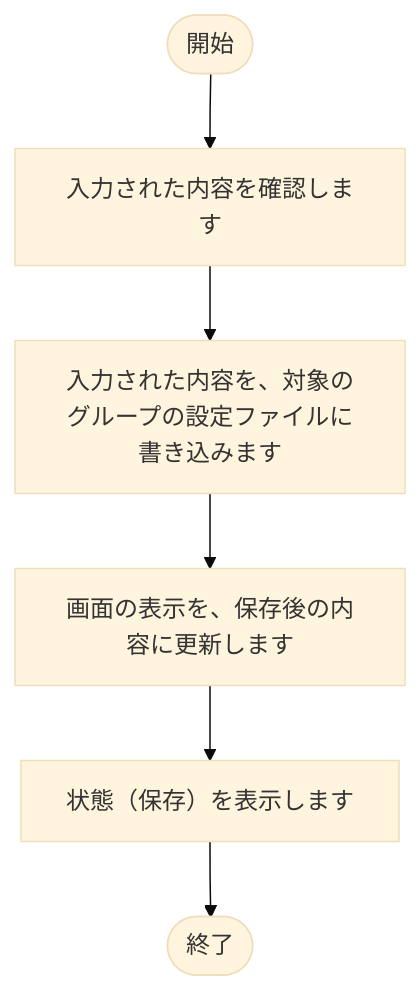
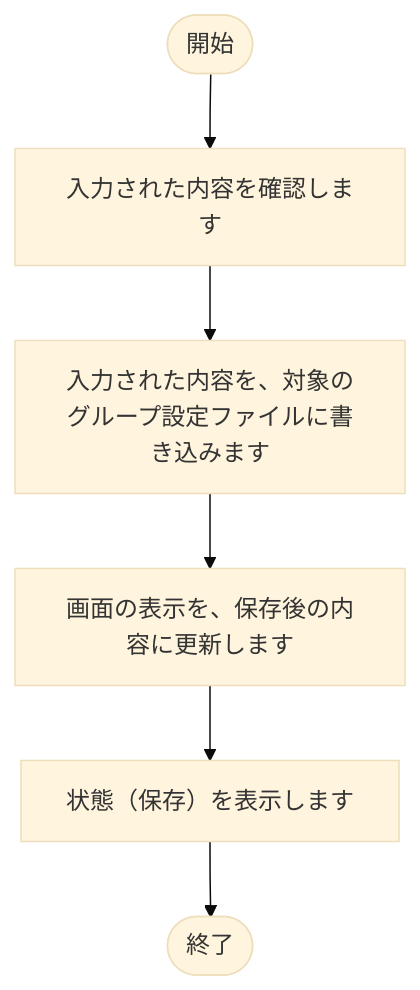
Diagram 14 of 25 in tool/kintone-aggregator/doc/02_設計/処理フロー.md (nishida2073/project_management), drawn with Mermaid (base theme) before and after one commit. The commit also changed other lines of this file and 21 other files, not shown here.

````diff
--- a/tool/kintone-aggregator/doc/02_設計/処理フロー.md
+++ b/tool/kintone-aggregator/doc/02_設計/処理フロー.md
@@ -379,14 +379,14 @@
 ```mermaid
 flowchart TD
     S(["開始"])
     E(["終了"])
     N1["入力された内容を確認します"]
     S --> N1
-    N2["入力された内容を、対象のグループの設定ファイルに書き込みます"]
+    N2["入力された内容を、対象のグループ設定ファイルに書き込みます"]
     N1 --> N2
     N3["画面の表示を、保存後の内容に更新します"]
     N2 --> N3
     N4["状態（保存）を表示します"]
     N3 --> N4
     N4 --> E
 ```
````
